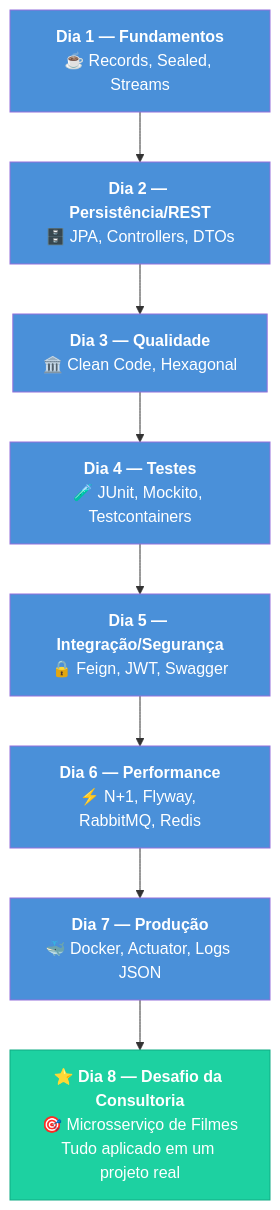
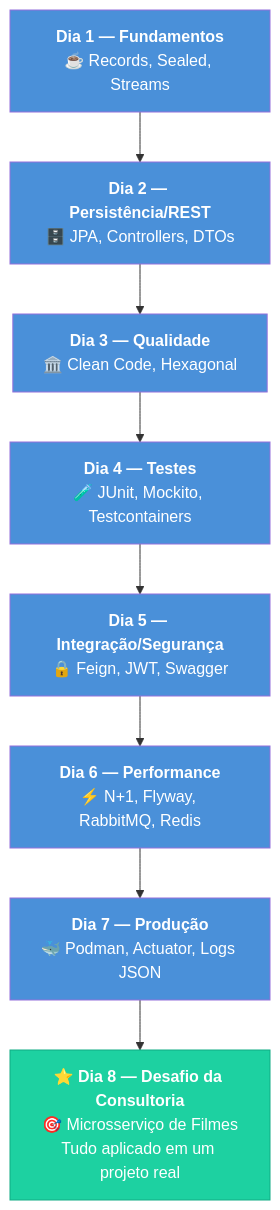
The diagram in dia-08/slide-01.md (deusemarjunior/trein-java-intermed), drawn with Mermaid before and after one commit. The commit also changed other lines of this file and 100 other files, not shown here.

Commit message:
removendo docker adicionando podman

````diff
--- a/dia-08/slide-01.md
+++ b/dia-08/slide-01.md
@@ -40,22 +40,22 @@
 ```mermaid
 flowchart TD
     D1["<b>Dia 1 — Fundamentos</b><br/>☕ Records, Sealed, Streams"]
     D2["<b>Dia 2 — Persistência/REST</b><br/>🗄️ JPA, Controllers, DTOs"]
     D3["<b>Dia 3 — Qualidade</b><br/>🏛️ Clean Code, Hexagonal"]
     D4["<b>Dia 4 — Testes</b><br/>🧪 JUnit, Mockito, Testcontainers"]
     D5["<b>Dia 5 — Integração/Segurança</b><br/>🔒 Feign, JWT, Swagger"]
     D6["<b>Dia 6 — Performance</b><br/>⚡ N+1, Flyway, RabbitMQ, Redis"]
-    D7["<b>Dia 7 — Produção</b><br/>🐳 Docker, Actuator, Logs JSON"]
+    D7["<b>Dia 7 — Produção</b><br/>🐳 Podman, Actuator, Logs JSON"]
     D8["<b>⭐ Dia 8 — Desafio da Consultoria</b><br/>🎯 Microsserviço de Filmes<br/>Tudo aplicado em um projeto real"]
 
     D1 --> D2 --> D3 --> D4 --> D5 --> D6 --> D7 --> D8
 
     style D1 fill:#4a90d9,color:#fff
     style D2 fill:#4a90d9,color:#fff
     style D3 fill:#4a90d9,color:#fff
     style D4 fill:#4a90d9,color:#fff
     style D5 fill:#4a90d9,color:#fff
     style D6 fill:#4a90d9,color:#fff
     style D7 fill:#4a90d9,color:#fff
     style D8 fill:#1dd1a1,color:#fff,stroke:#10ac84
 ```
````
